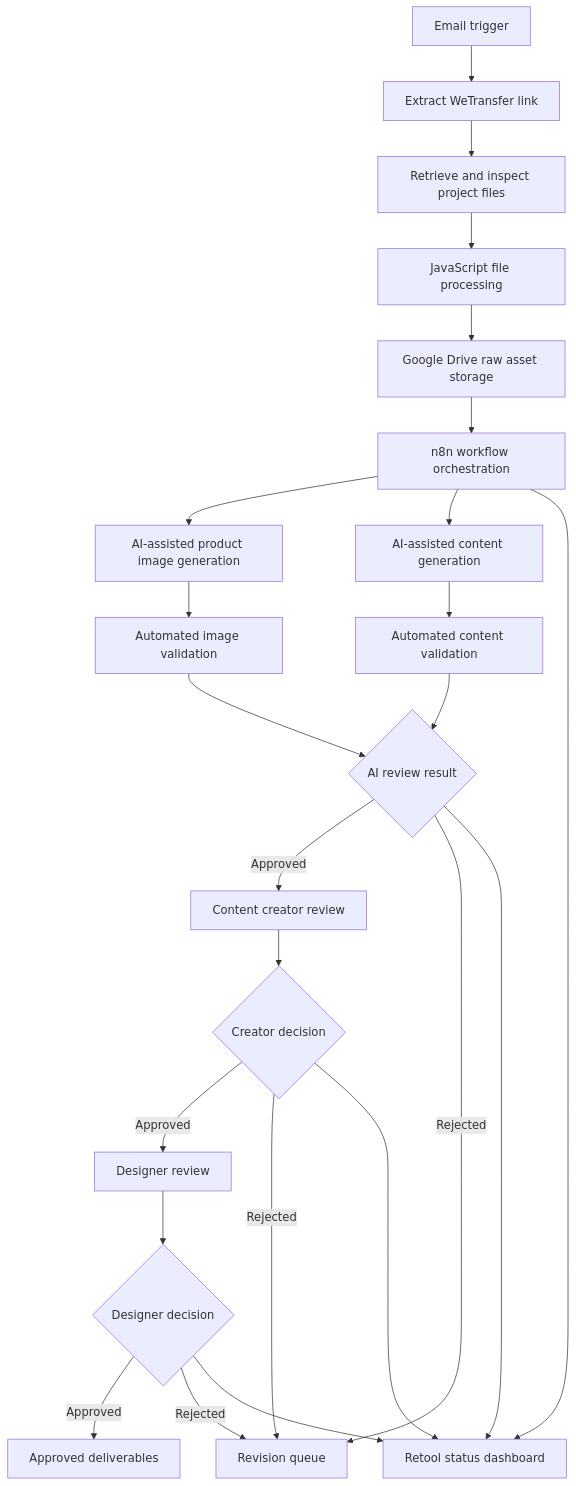
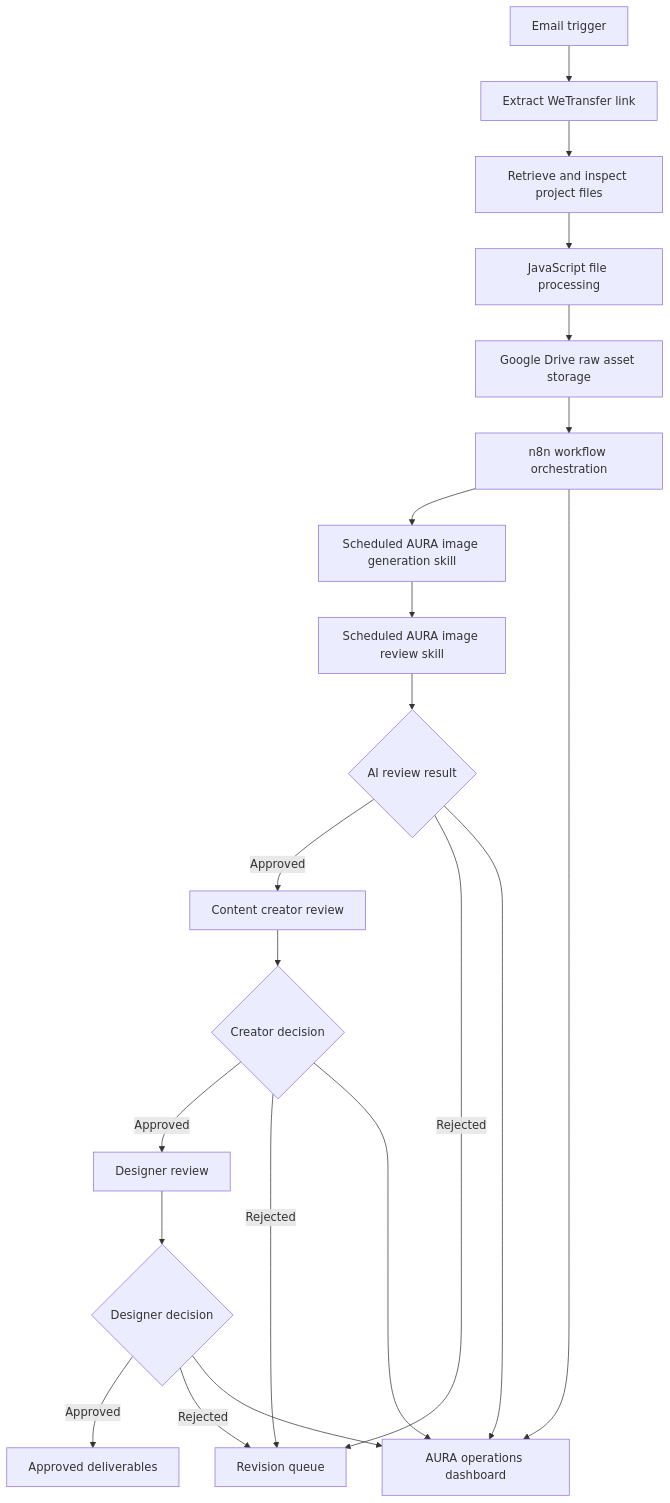
One commit to karimk223/aura-ai-workflow changed the diagram in README.md. Above: the diagram before and after it, drawn with Mermaid. The commit also changed other lines of this file and 19 other files, not shown here.

Commit message:
Add final AURA operations dashboard

````diff
--- a/README.md
+++ b/README.md
@@ -29,33 +29,28 @@
 ```mermaid
 flowchart TD
     A[Email trigger] --> B[Extract WeTransfer link]
     B --> C[Retrieve and inspect project files]
     C --> D[JavaScript file processing]
     D --> E[Google Drive raw asset storage]
     E --> F[n8n workflow orchestration]
 
-    F --> G[AI-assisted product image generation]
-    F --> H[AI-assisted content generation]
-
-    G --> I[Automated image validation]
-    H --> J[Automated content validation]
-
+    F --> G[Scheduled AURA image generation skill]
+    G --> I[Scheduled AURA image review skill]
     I --> K{AI review result}
-    J --> K
 
     K -->|Approved| L[Content creator review]
     K -->|Rejected| M[Revision queue]
 
     L --> N{Creator decision}
     N -->|Approved| O[Designer review]
     N -->|Rejected| M
 
     O --> P{Designer decision}
     P -->|Approved| Q[Approved deliverables]
     P -->|Rejected| M
 
-    F --> R[Retool status dashboard]
+    F --> R[AURA operations dashboard]
     K --> R
     N --> R
     P --> R
 ```
````
